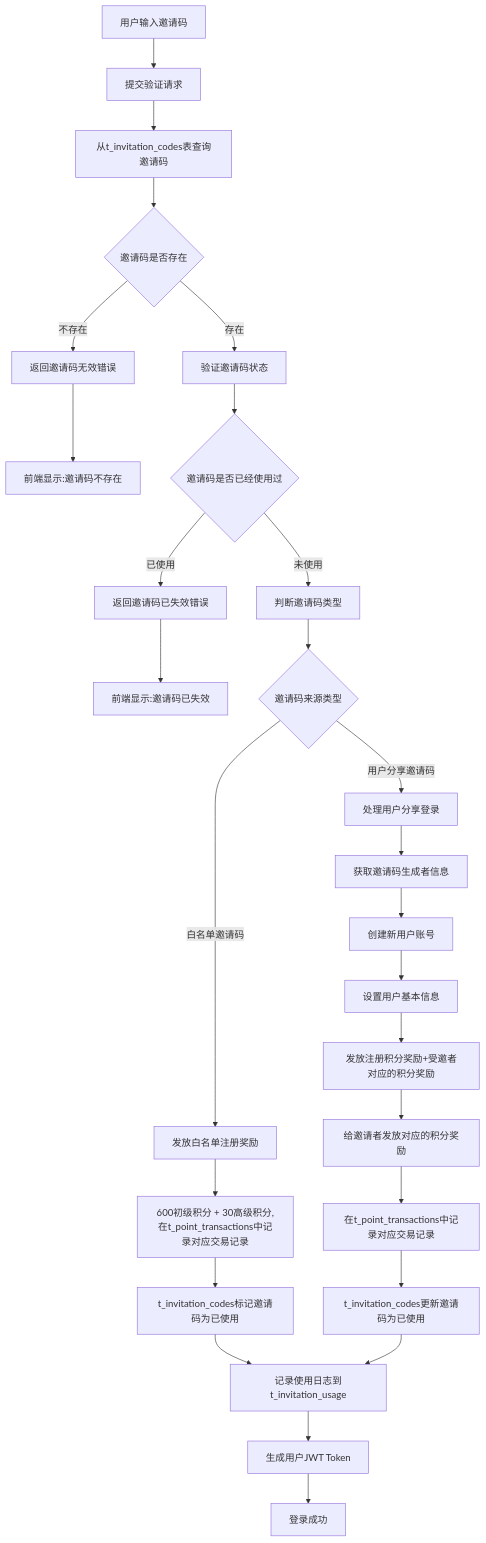
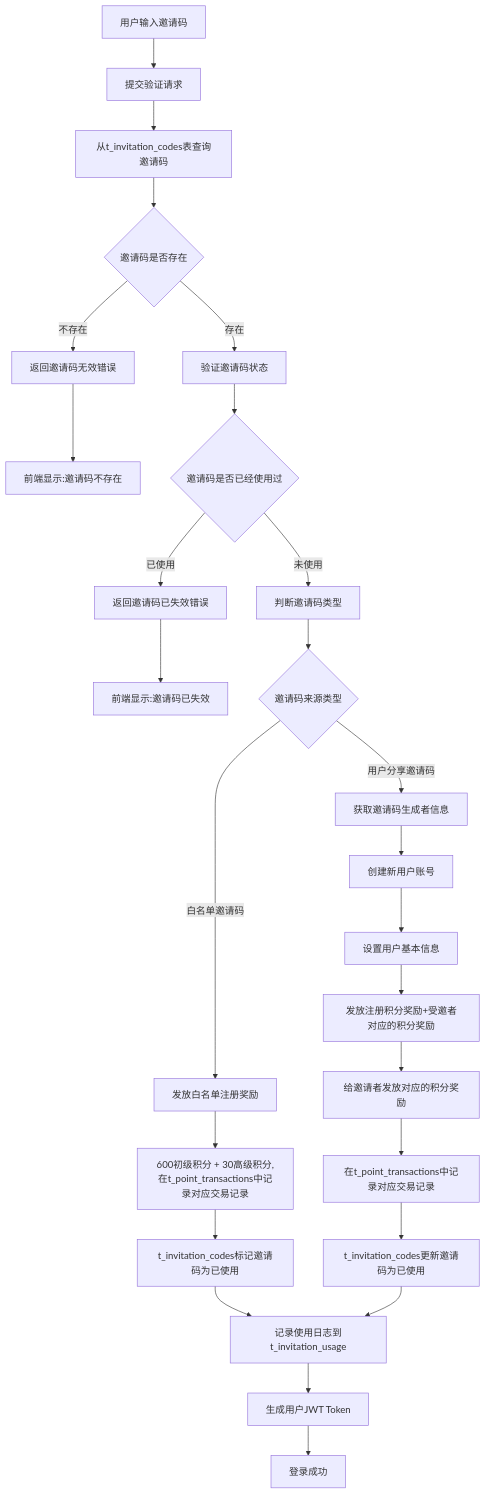
Before and after one commit to yingjianzh/iodraw-files: the diagram in all/未命名-76.md, drawn with Mermaid.

Commit message:
2025-07-08 10:51:11 update

````diff
--- a/all/未命名-76.md
+++ b/all/未命名-76.md
@@ -1,37 +1,36 @@
 ```mermaid
 
 flowchart TD
     B[用户输入邀请码]
     B --> E[提交验证请求]
     E --> H[从t_invitation_codes表查询邀请码]
     H --> I{邀请码是否存在}
     I -->|不存在| J[返回邀请码无效错误]
     J --> K[前端显示:邀请码不存在]
     
     I -->|存在| L[验证邀请码状态]
     L --> M{邀请码是否已经使用过}
     M -->|已使用| N[返回邀请码已失效错误]
     N --> O[前端显示:邀请码已失效]
     
     M -->|未使用| X[判断邀请码类型]
     X --> Y{邀请码来源类型}
     
     Y -->|白名单邀请码| Z4[发放白名单注册奖励]
     Z4 --> Z5[600初级积分 + 30高级积分,在t_point_transactions中记录对应交易记录]
     Z5 --> Z6[t_invitation_codes标记邀请码为已使用]
     Z6 --> AA[记录使用日志到t_invitation_usage]
     
-    Y -->|用户分享邀请码| BB[处理用户分享登录]
-    BB --> BB1[获取邀请码生成者信息]
+    Y -->|用户分享邀请码| BB1[获取邀请码生成者信息]
     BB1 --> BB2[创建新用户账号]
     BB2 --> BB3[设置用户基本信息]
     BB3 --> BB4[发放注册积分奖励+受邀者对应的积分奖励]
     BB4 --> BB5[给邀请者发放对应的积分奖励]
     BB5 --> BB6[在t_point_transactions中记录对应交易记录]
     BB6 --> BB7[t_invitation_codes更新邀请码为已使用]
     BB7 --> AA
     
     AA --> CC[生成用户JWT Token]
     CC --> DD[登录成功]  
 
 ```
````
